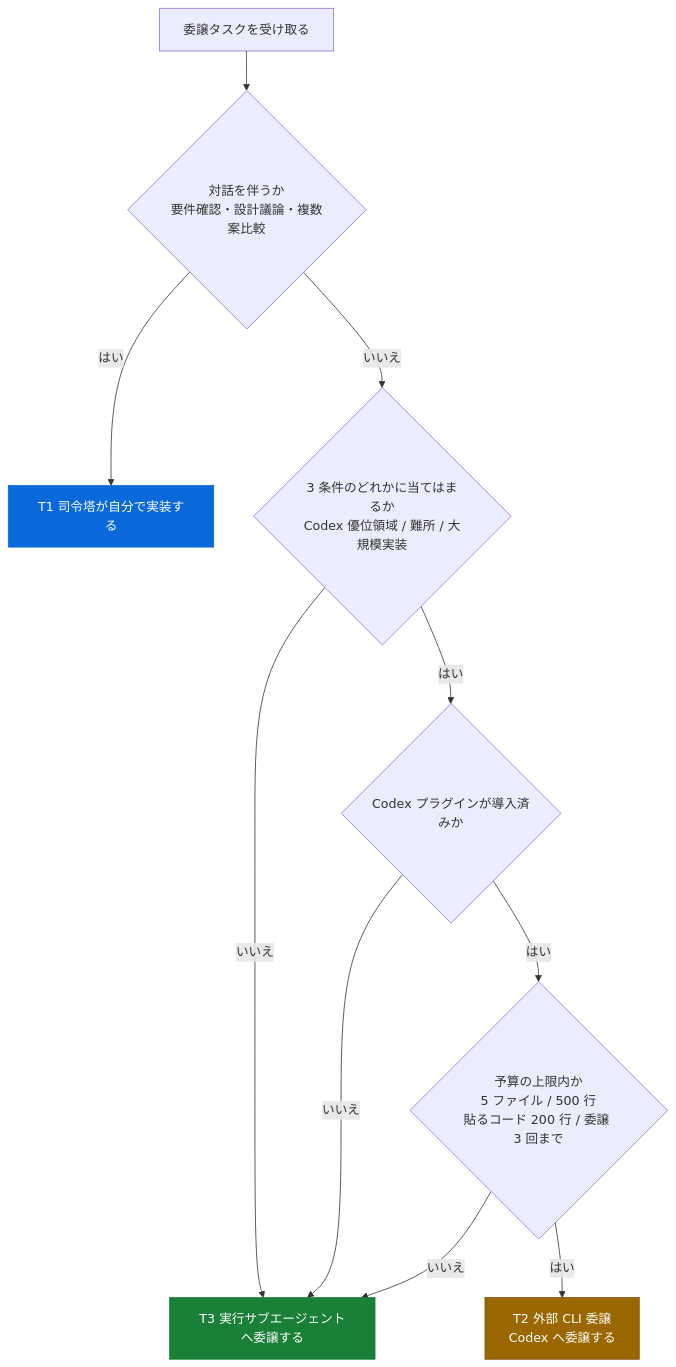
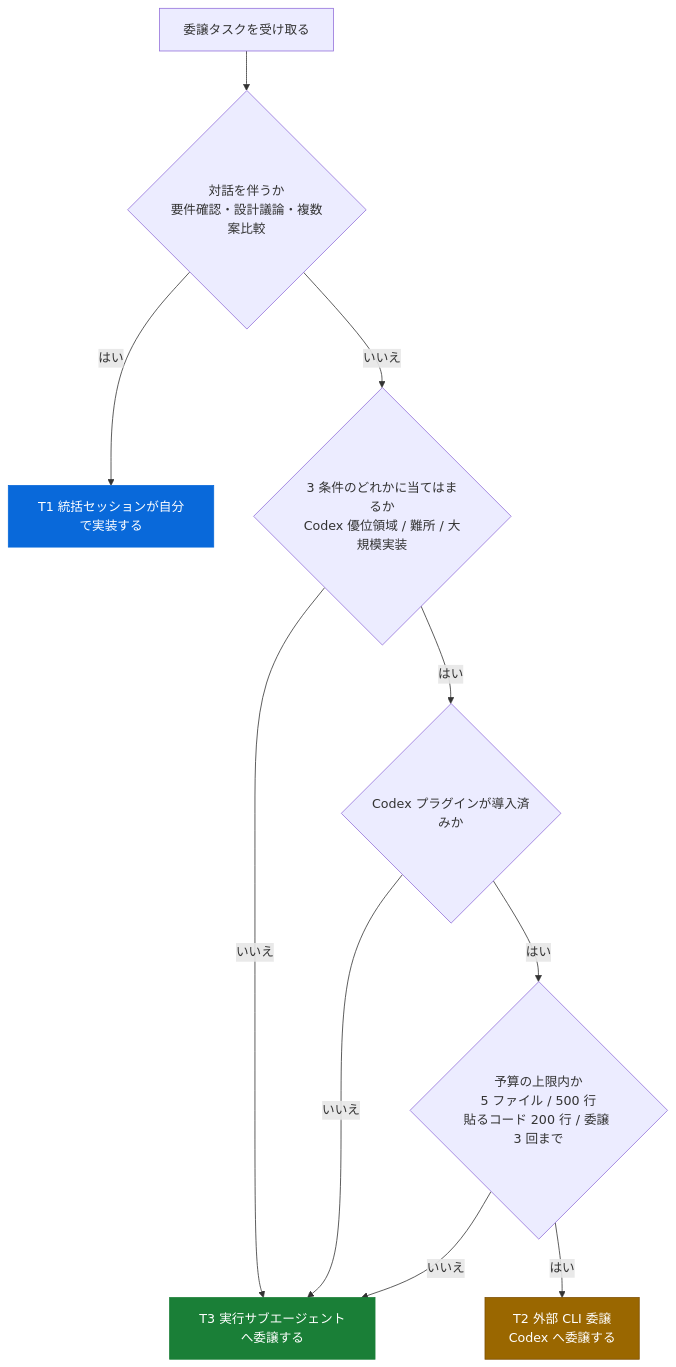
Before and after one commit to phantom-suzuki/dotfiles: the diagram in private_dot_claude/skills/task-delegation/SKILL.md, drawn with Mermaid. The commit also changed other lines of this file and 27 other files, not shown here.

````diff
--- a/private_dot_claude/skills/task-delegation/SKILL.md
+++ b/private_dot_claude/skills/task-delegation/SKILL.md
@@ -74,19 +74,19 @@
 ```mermaid
 graph TD
   start[委譲タスクを受け取る] --> dialog{対話を伴うか<br/>要件確認・設計議論・複数案比較}
-  dialog -- はい --> t1[T1 司令塔が自分で実装する]
+  dialog -- はい --> t1[T1 統括セッションが自分で実装する]
   dialog -- いいえ --> cond{3 条件のどれかに当てはまるか<br/>Codex 優位領域 / 難所 / 大規模実装}
   cond -- いいえ --> t3[T3 実行サブエージェントへ委譲する]
   cond -- はい --> installed{Codex プラグインが導入済みか}
   installed -- いいえ --> t3
   installed -- はい --> budget{予算の上限内か<br/>5 ファイル / 500 行<br/>貼るコード 200 行 / 委譲 3 回まで}
   budget -- いいえ --> t3
   budget -- はい --> t2[T2 外部 CLI 委譲<br/>Codex へ委譲する]
 
   classDef commander fill:#0969da,stroke:#0969da,color:#ffffff;
   classDef codex fill:#9a6700,stroke:#7d4e00,color:#ffffff;
   classDef subagent fill:#1a7f37,stroke:#1a7f37,color:#ffffff;
   class t1 commander;
   class t2 codex;
   class t3 subagent;
 ```
````
